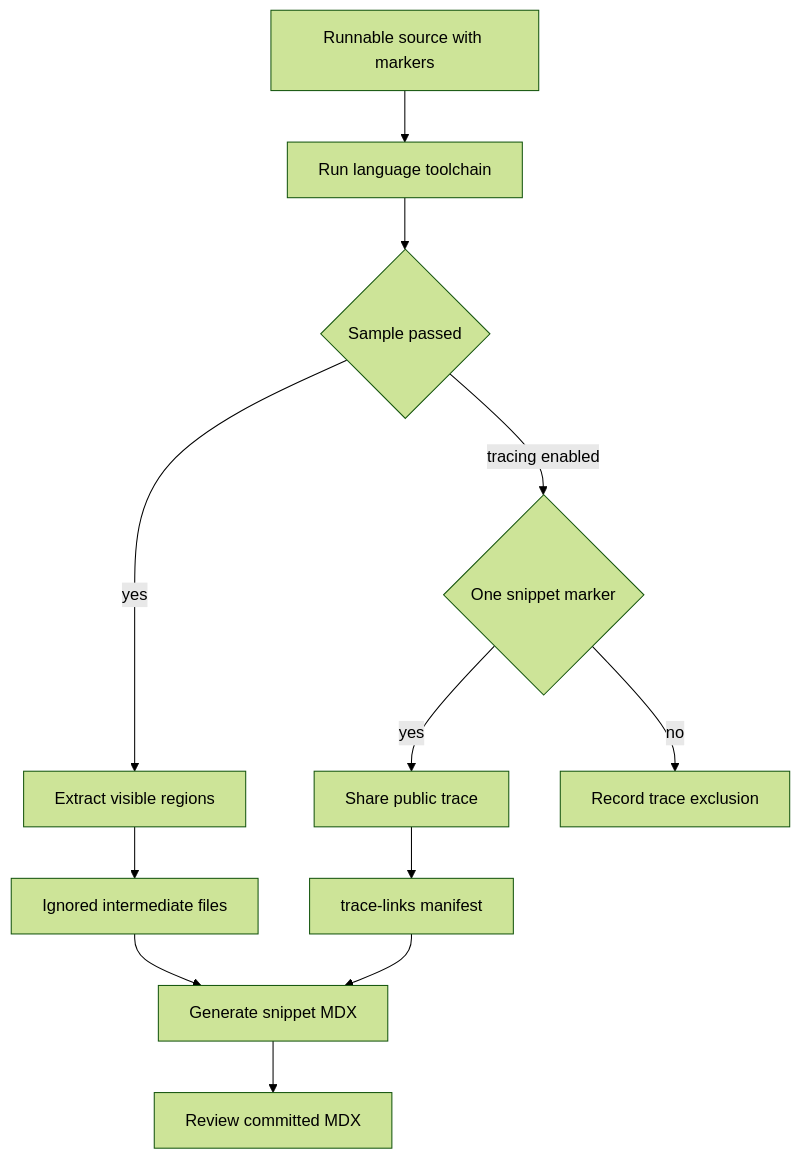
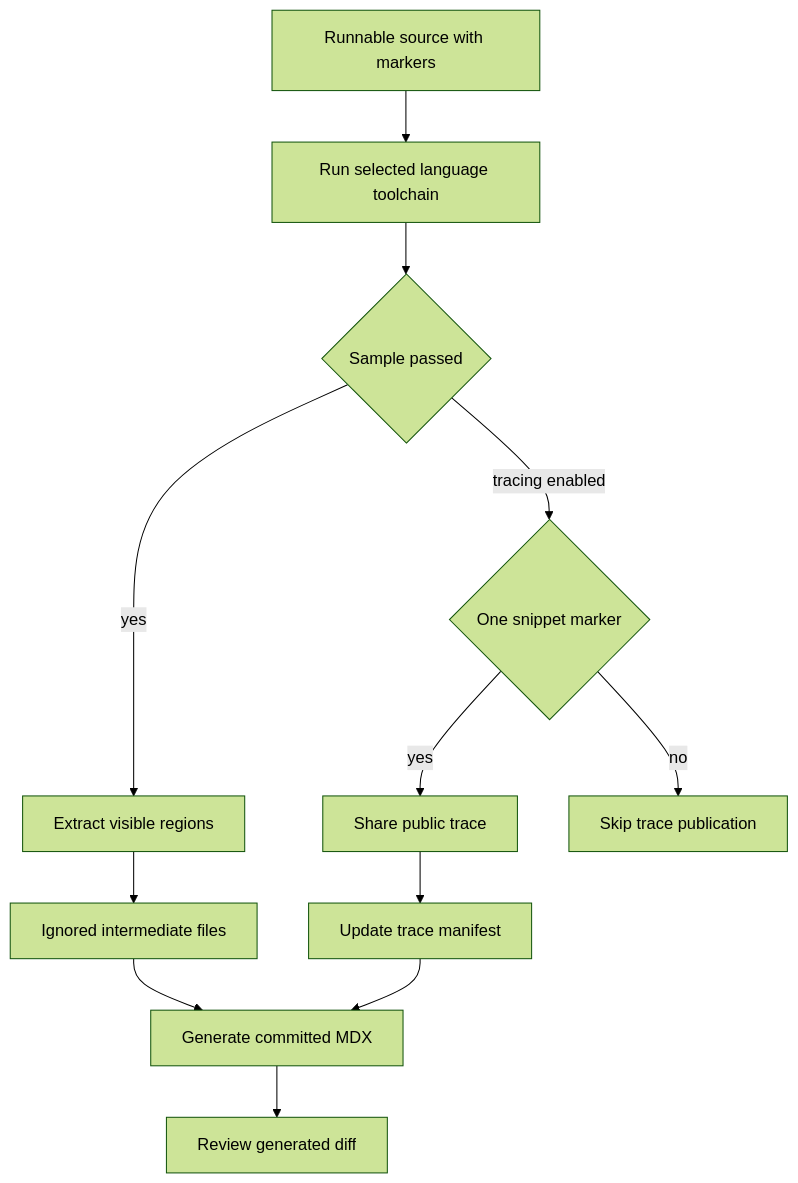
Before and after one commit to langchain-ai/docs: the diagram in openwiki/workflows/code-sample-lifecycle.md, drawn with Mermaid (forest theme). The commit also changed other lines of this file and 30 other files, not shown here.

````diff
--- a/openwiki/workflows/code-sample-lifecycle.md
+++ b/openwiki/workflows/code-sample-lifecycle.md
@@ -55,14 +45,14 @@
 ```mermaid
 flowchart TD
-  Source["Runnable source with markers"] --> Run["Run language toolchain"]
-  Run --> Result{"Sample passed"}
-  Result -->|"yes"| Extract["Extract visible regions"]
+  Source["Runnable source with markers"] --> Test["Run selected language toolchain"]
+  Test --> Passed{"Sample passed"}
+  Passed -->|"yes"| Extract["Extract visible regions"]
   Extract --> Intermediate["Ignored intermediate files"]
-  Intermediate --> Generate["Generate snippet MDX"]
-  Generate --> Review["Review committed MDX"]
-  Result -->|"tracing enabled"| Eligible{"One snippet marker"}
-  Eligible -->|"yes"| Share["Share public trace"]
-  Share --> Manifest["trace-links manifest"]
+  Intermediate --> Generate["Generate committed MDX"]
+  Generate --> Review["Review generated diff"]
+  Passed -->|"tracing enabled"| TraceCheck{"One snippet marker"}
+  TraceCheck -->|"yes"| Share["Share public trace"]
+  Share --> Manifest["Update trace manifest"]
   Manifest --> Generate
-  Eligible -->|"no"| Skip["Record trace exclusion"]
+  TraceCheck -->|"no"| Skip["Skip trace publication"]
 ```
````
